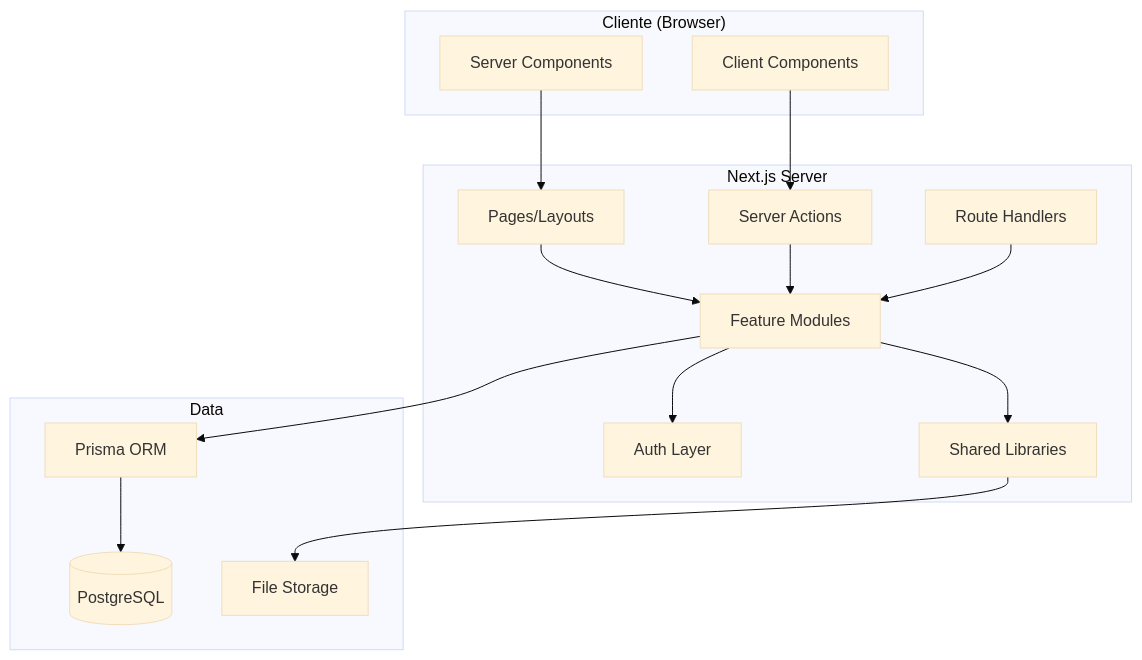
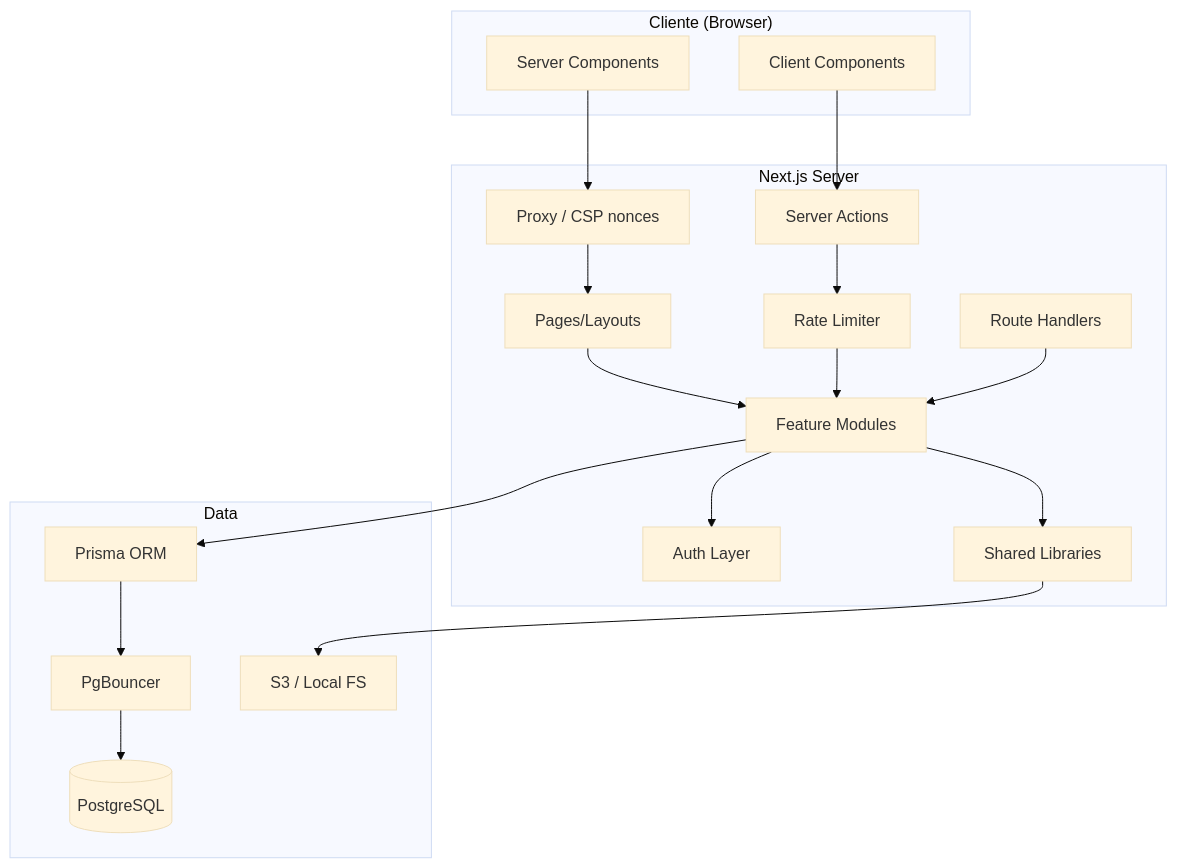
Before and after one commit to DiegoMartinezDeSanjuan/comunet: the diagram in docs/02-architecture.md, drawn with Mermaid (base theme). The commit also changed other lines of this file and 7 other files, not shown here.

Commit message:
docs: add comprehensive documentation for deployment, scalability, architecture, security, testing, and roadmap.

````diff
--- a/docs/02-architecture.md
+++ b/docs/02-architecture.md
@@ -25,31 +29,37 @@
 ```mermaid
 graph TB
     subgraph "Cliente (Browser)"
         SC[Server Components]
         CC[Client Components]
     end
     subgraph "Next.js Server"
+        Proxy[Proxy / CSP nonces]
         Pages[Pages/Layouts]
         SA[Server Actions]
         RH[Route Handlers]
         Modules[Feature Modules]
         Auth[Auth Layer]
+        RL[Rate Limiter]
         Lib[Shared Libraries]
     end
     subgraph "Data"
         Prisma[Prisma ORM]
+        PGB[PgBouncer]
         PG[(PostgreSQL)]
-        FS[File Storage]
+        Storage[S3 / Local FS]
     end
     
-    SC --> Pages
+    SC --> Proxy
     CC --> SA
+    Proxy --> Pages
     Pages --> Modules
-    SA --> Modules
+    SA --> RL
+    RL --> Modules
     RH --> Modules
     Modules --> Auth
     Modules --> Lib
     Modules --> Prisma
-    Prisma --> PG
-    Lib --> FS
+    Prisma --> PGB
+    PGB --> PG
+    Lib --> Storage
 ```
````
